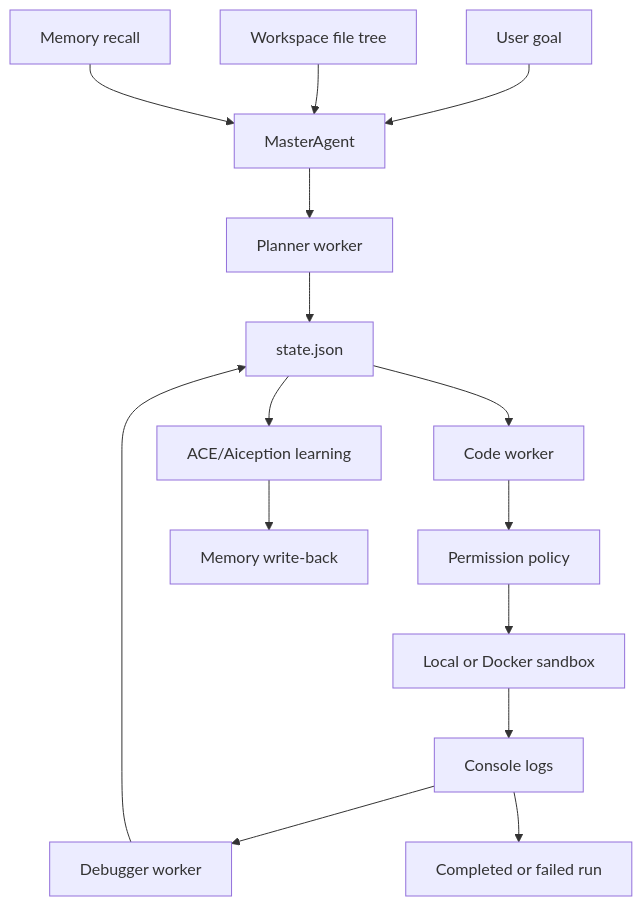
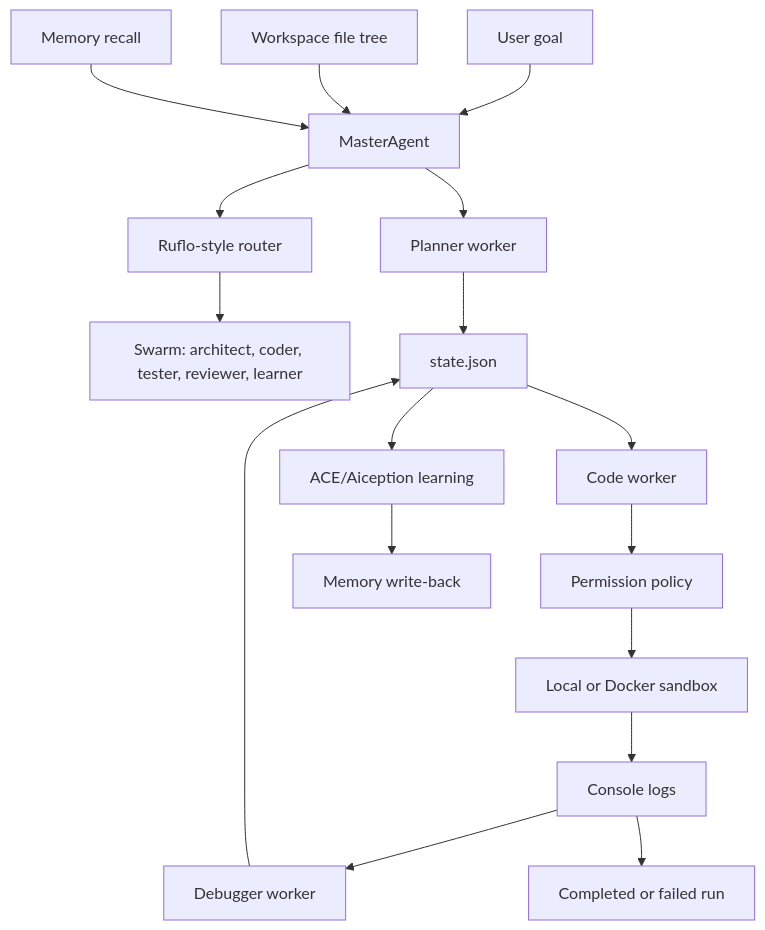
The diagram in recipes/master-agent-orchestrator/README.md (cpfcoaching/OB1), drawn with Mermaid before and after one commit. The commit also changed other lines of this file and 1529 other files, not shown here.

````diff
--- a/recipes/master-agent-orchestrator/README.md
+++ b/recipes/master-agent-orchestrator/README.md
@@ -11,17 +11,19 @@
 ```mermaid
 flowchart TD
   Goal["User goal"] --> Orchestrator["MasterAgent"]
+  Orchestrator --> Ruflo["Ruflo-style router"]
+  Ruflo --> Swarm["Swarm: architect, coder, tester, reviewer, learner"]
   Workspace["Workspace file tree"] --> Orchestrator
   Memory["Memory recall"] --> Orchestrator
   Orchestrator --> Planner["Planner worker"]
   Planner --> State["state.json"]
   State --> Coder["Code worker"]
   Coder --> Policy["Permission policy"]
   Policy --> Sandbox["Local or Docker sandbox"]
   Sandbox --> Logs["Console logs"]
   Logs --> Debugger["Debugger worker"]
   Debugger --> State
   State --> Learning["ACE/Aiception learning"]
   Learning --> MemoryWrite["Memory write-back"]
   Logs --> Done["Completed or failed run"]
 ```
````
